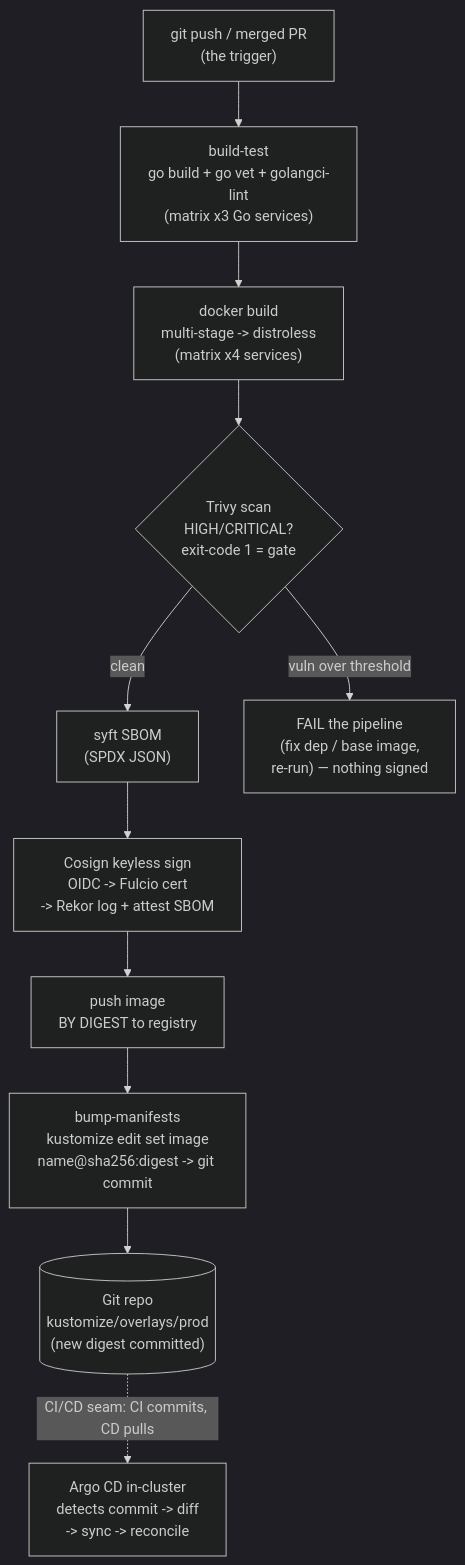
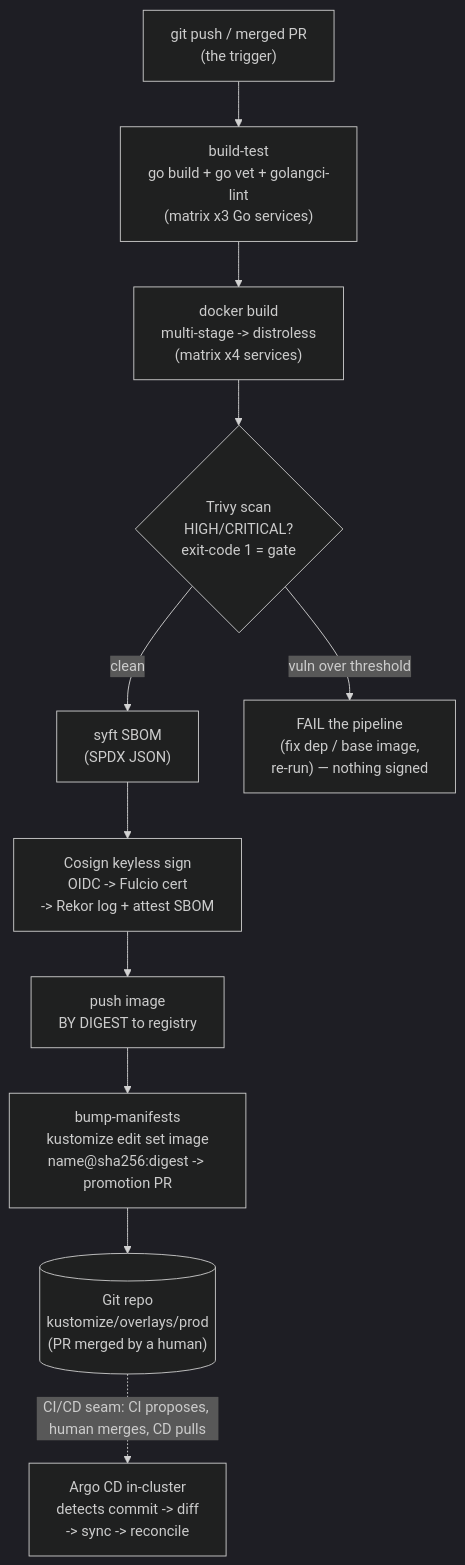
Before and after one commit to abd-ulbasit/bookstore-kubernetes-guide: the diagram in full-guide/07-delivery/03-cicd-pipeline.md, drawn with Mermaid (dark theme). The commit also changed other lines of this file and 1 other file, not shown here.

````diff
--- a/full-guide/07-delivery/03-cicd-pipeline.md
+++ b/full-guide/07-delivery/03-cicd-pipeline.md
@@ -104,19 +104,19 @@
 ```mermaid
 flowchart TD
     push["git push / merged PR<br/>(the trigger)"]
     bt["build-test<br/>go build + go vet + golangci-lint<br/>(matrix x3 Go services)"]
     bld["docker build<br/>multi-stage -&gt; distroless<br/>(matrix x4 services)"]
     scan{"Trivy scan<br/>HIGH/CRITICAL?<br/>exit-code 1 = gate"}
     sbom["syft SBOM<br/>(SPDX JSON)"]
     sign["Cosign keyless sign<br/>OIDC -&gt; Fulcio cert<br/>-&gt; Rekor log + attest SBOM"]
     pushimg["push image<br/>BY DIGEST to registry"]
-    bump["bump-manifests<br/>kustomize edit set image<br/>name@sha256:digest -&gt; git commit"]
+    bump["bump-manifests<br/>kustomize edit set image<br/>name@sha256:digest -&gt; promotion PR"]
     fail["FAIL the pipeline<br/>(fix dep / base image,<br/>re-run) — nothing signed"]
-    git[("Git repo<br/>kustomize/overlays/prod<br/>(new digest committed)")]
+    git[("Git repo<br/>kustomize/overlays/prod<br/>(PR merged by a human)")]
     argo["Argo CD in-cluster<br/>detects commit -&gt; diff<br/>-&gt; sync -&gt; reconcile"]
 
     push --> bt --> bld --> scan
     scan -- "clean" --> sbom --> sign --> pushimg --> bump --> git
     scan -- "vuln over threshold" --> fail
-    git -. "CI/CD seam: CI commits, CD pulls" .-> argo
+    git -. "CI/CD seam: CI proposes, human merges, CD pulls" .-> argo
 ```
````
